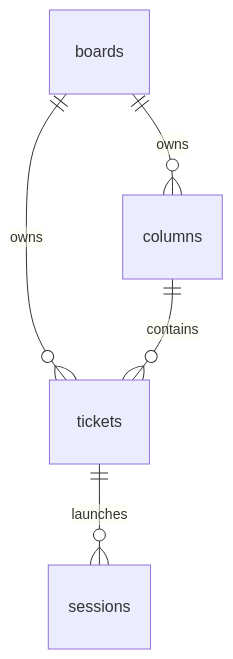
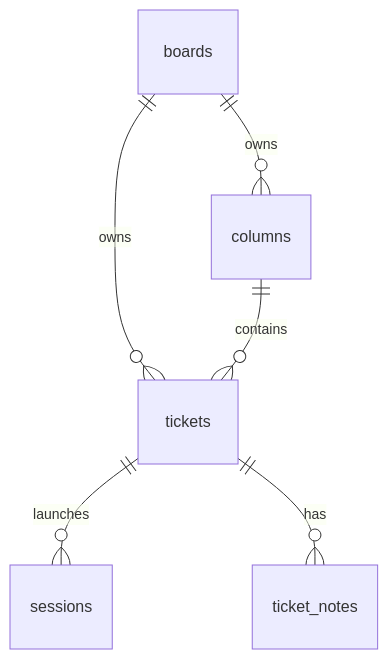
One commit to carlotran4/kanbi changed the second of 6 diagrams in docs/architecture.md. Above: the diagram before and after it, drawn with Mermaid. The commit also changed other lines of this file and 11 other files, not shown here.

````diff
--- a/docs/architecture.md
+++ b/docs/architecture.md
@@ -95,7 +95,8 @@
 ```mermaid
 erDiagram
   boards ||--o{ columns : owns
   boards ||--o{ tickets : owns
   columns ||--o{ tickets : contains
   tickets ||--o{ sessions : launches
+  tickets ||--o{ ticket_notes : has
 ```
````
